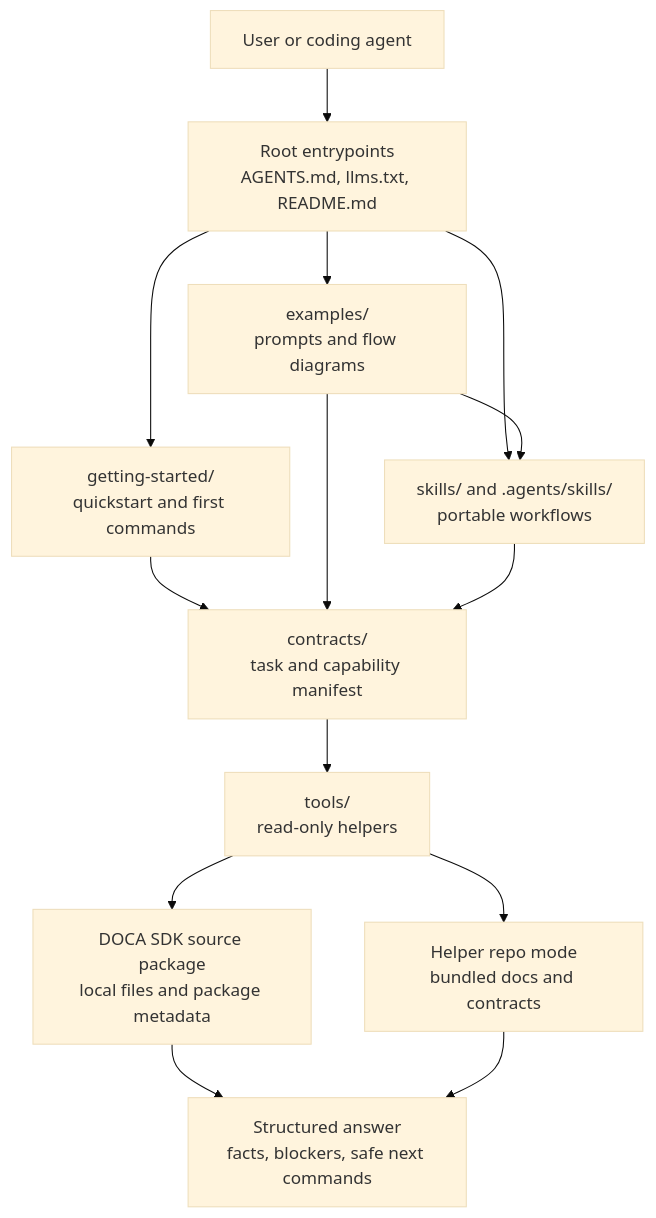
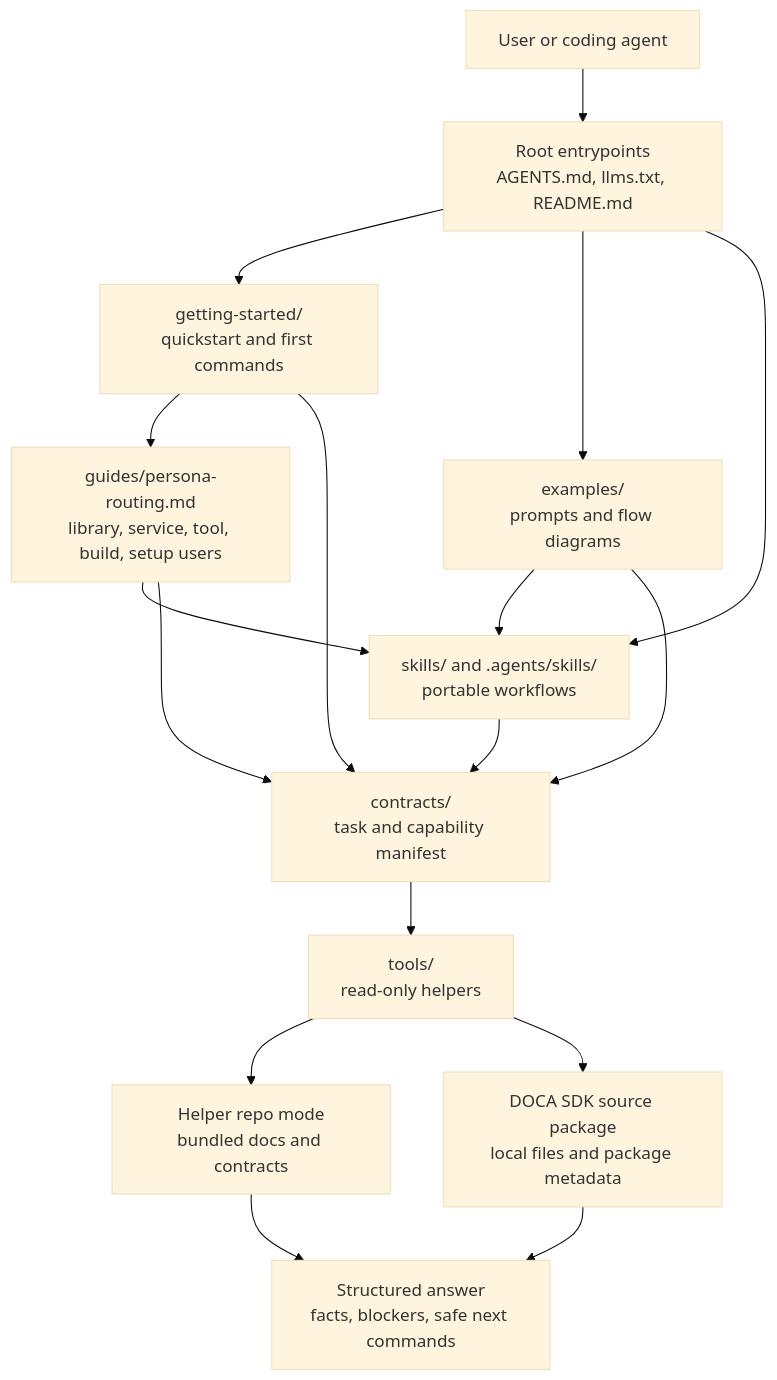
The diagram in README.md (NVIDIA-DOCA/doca-skills), drawn with Mermaid (base theme) before and after one commit. The commit also changed other lines of this file and 14 other files, not shown here.

Commit message:
Add persona routing

````diff
--- a/README.md
+++ b/README.md
@@ -56,27 +56,31 @@
 ```mermaid
 flowchart TD
     user["User or coding agent"]
     entry["Root entrypoints<br/>AGENTS.md, llms.txt, README.md"]
     guide["getting-started/<br/>quickstart and first commands"]
     examples["examples/<br/>prompts and flow diagrams"]
+    personas["guides/persona-routing.md<br/>library, service, tool, build, setup users"]
     skills["skills/ and .agents/skills/<br/>portable workflows"]
     contracts["contracts/<br/>task and capability manifest"]
     tools["tools/<br/>read-only helpers"]
     helper["Helper repo mode<br/>bundled docs and contracts"]
     source["DOCA SDK source package<br/>local files and package metadata"]
     report["Structured answer<br/>facts, blockers, safe next commands"]
 
     user --> entry
     entry --> guide
     entry --> examples
+    guide --> personas
     entry --> skills
+    personas --> skills
+    personas --> contracts
     guide --> contracts
     examples --> skills
     examples --> contracts
     skills --> contracts
     contracts --> tools
     tools --> helper
     tools --> source
     source --> report
     helper --> report
 ```
````
